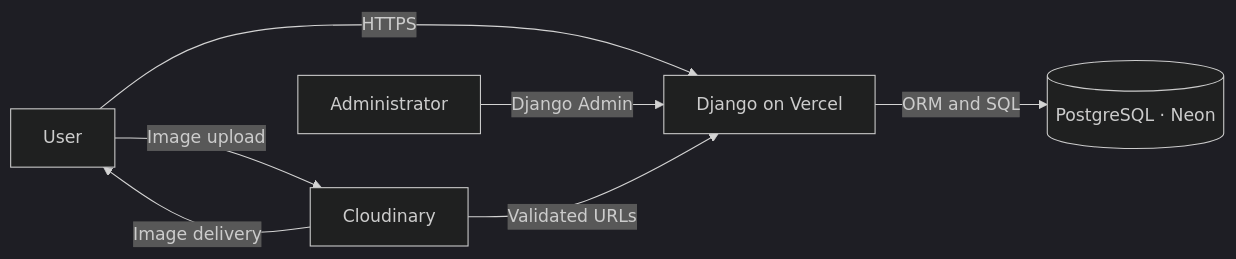
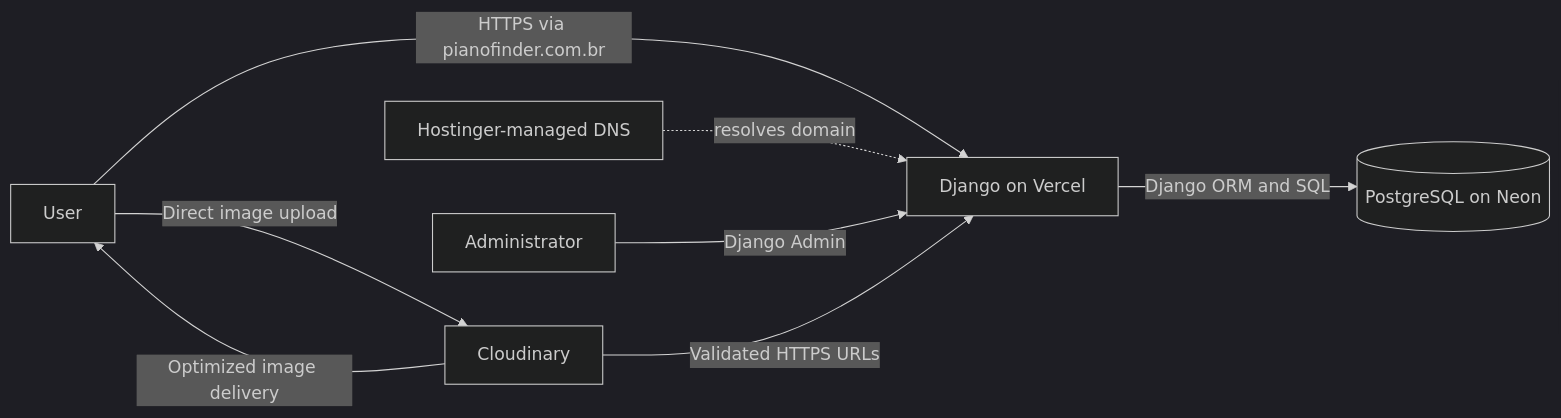
Before and after one commit to jvtorlando/piano-finder: the diagram in README.md, drawn with Mermaid (dark theme). The commit also changed other lines of this file and 14 other files, not shown here.

````diff
--- a/README.md
+++ b/README.md
@@ -56,9 +58,10 @@
 ```mermaid
 flowchart LR
-    U[User] -->|HTTPS| D[Django on Vercel]
-    A[Administrator] -->|Django Admin| D
-    D -->|ORM and SQL| N[(PostgreSQL · Neon)]
-    U -->|Image upload| C[Cloudinary]
-    C -->|Validated URLs| D
-    C -->|Image delivery| U
+    U[User] -->|HTTPS via pianofinder.com.br| V[Django on Vercel]
+    H[Hostinger-managed DNS] -. resolves domain .-> V
+    A[Administrator] -->|Django Admin| V
+    V -->|Django ORM and SQL| N[(PostgreSQL on Neon)]
+    U -->|Direct image upload| C[Cloudinary]
+    C -->|Validated HTTPS URLs| V
+    C -->|Optimized image delivery| U
 ```
````
